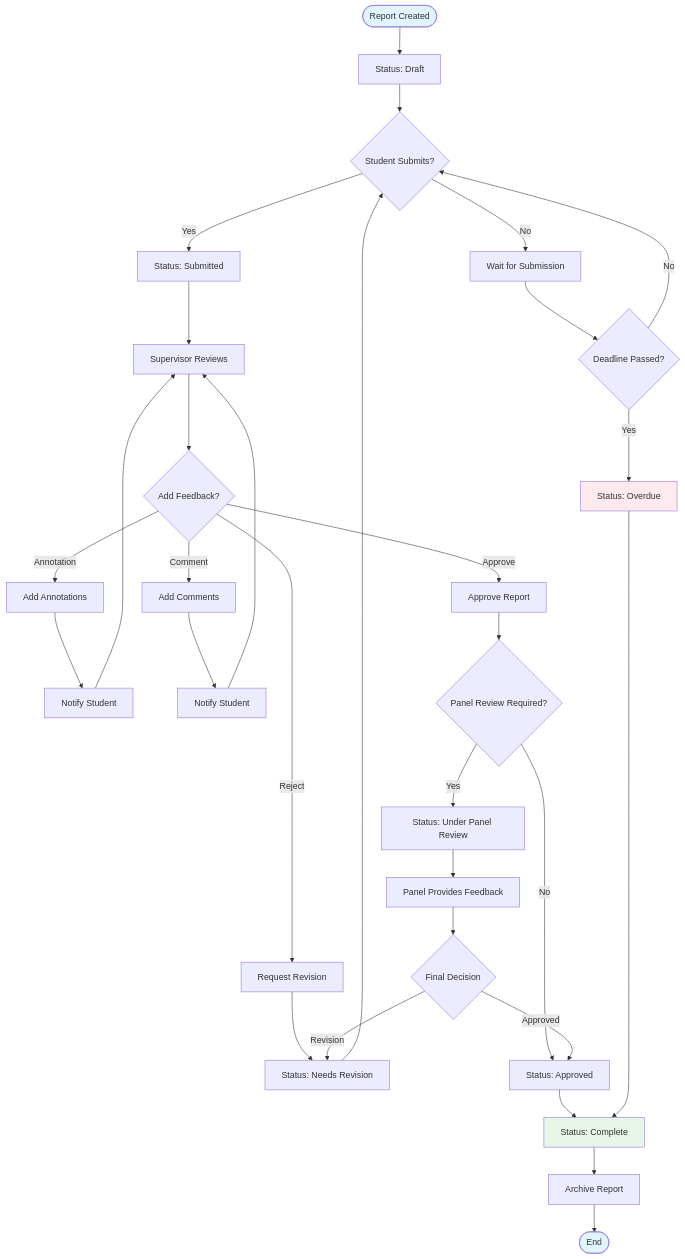
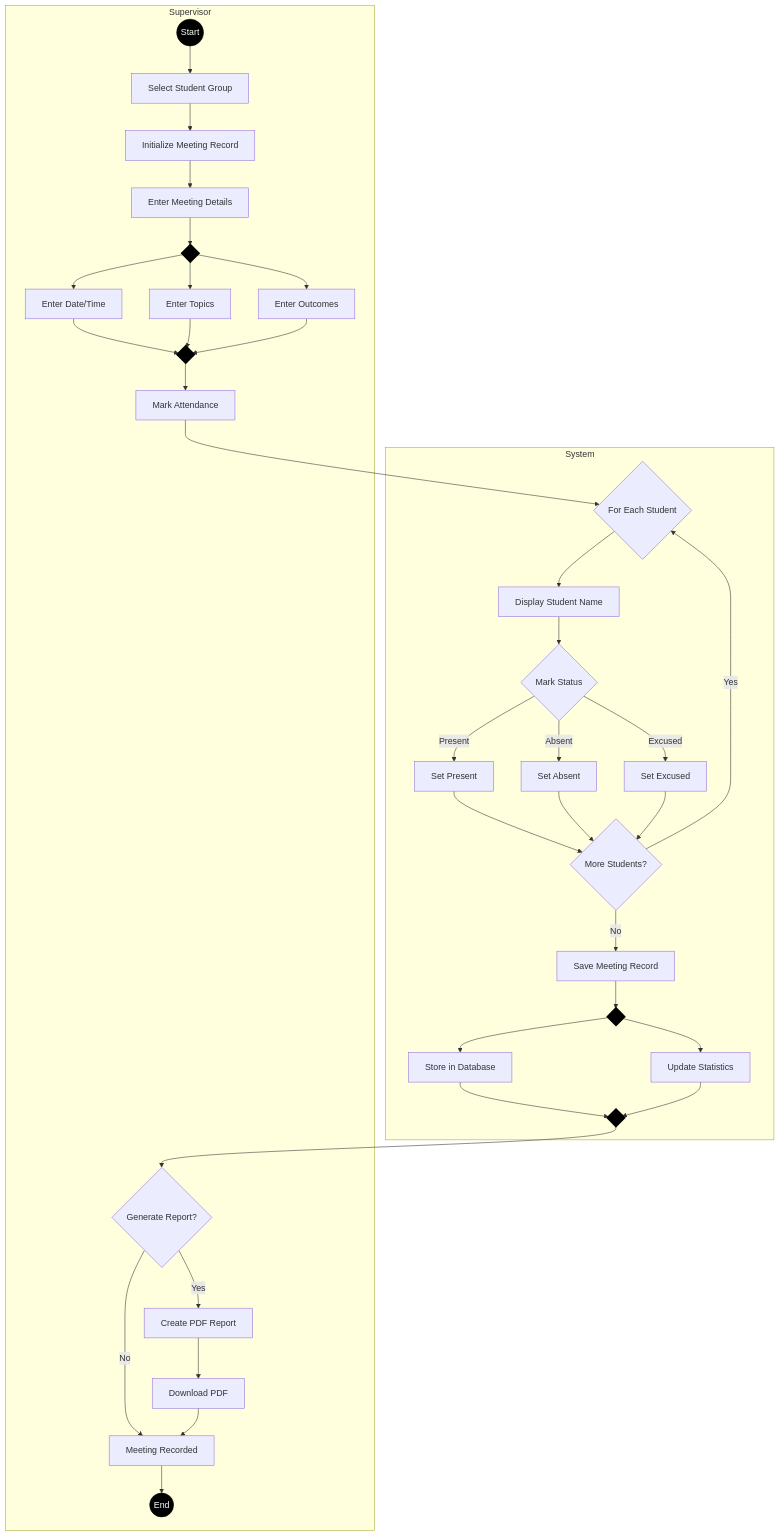
The fifth of 6 diagrams in activity.md (abdullah2323442/thesisrepo-backup), drawn with Mermaid before and after one commit. The commit also changed other lines of this file and 1 other file, not shown here.

First line of the commit message:
Add activity viewer page with Mermaid diagrams for thesis repository management system

````diff
--- a/activity.md
+++ b/activity.md
@@ -381,50 +279,58 @@
 ```mermaid
-graph TD
-    Start([Report Created]) --> StatusDraft[Status: Draft]
+graph TB
+    subgraph "Supervisor"
+        Start5((Start))
+        Start5 --> SelectGroup[Select Student Group]
+        SelectGroup --> InitMeeting[Initialize Meeting Record]
+        InitMeeting --> EnterDetails[Enter Meeting Details]
+        EnterDetails --> Fork5{" "}
+        Fork5 --> EnterDate[Enter Date/Time]
+        Fork5 --> EnterTopics[Enter Topics]
+        Fork5 --> EnterOutcomes[Enter Outcomes]
+        
+        EnterDate --> Join5{" "}
+        EnterTopics --> Join5
+        EnterOutcomes --> Join5
+        
+        Join5 --> MarkAttendance[Mark Attendance]
+    end
     
-    StatusDraft --> StudentSubmits{Student Submits?}
-    StudentSubmits -->|No| WaitSubmission[Wait for Submission]
-    StudentSubmits -->|Yes| StatusSubmitted[Status: Submitted]
+    subgraph "System"
+        MarkAttendance --> StudentLoop{For Each Student}
+        StudentLoop --> ShowStudent[Display Student Name]
+        ShowStudent --> AttendanceChoice{Mark Status}
+        AttendanceChoice -->|Present| MarkPresent[Set Present]
+        AttendanceChoice -->|Absent| MarkAbsent[Set Absent]
+        AttendanceChoice -->|Excused| MarkExcused[Set Excused]
+        
+        MarkPresent --> NextStudent{More Students?}
+        MarkAbsent --> NextStudent
+        MarkExcused --> NextStudent
+        
+        NextStudent -->|Yes| StudentLoop
+        NextStudent -->|No| SaveMeeting[Save Meeting Record]
+        
+        SaveMeeting --> Fork6{" "}
+        Fork6 --> StoreDB[Store in Database]
+        Fork6 --> UpdateStats[Update Statistics]
+        
+        StoreDB --> Join6{" "}
+        UpdateStats --> Join6
+    end
     
-    WaitSubmission --> CheckDeadline{Deadline Passed?}
-    CheckDeadline -->|Yes| StatusOverdue[Status: Overdue]
-    CheckDeadline -->|No| StudentSubmits
+    subgraph "Supervisor"
+        Join6 --> GeneratePDF{Generate Report?}
+        GeneratePDF -->|No| Complete[Meeting Recorded]
+        GeneratePDF -->|Yes| CreatePDF[Create PDF Report]
+        CreatePDF --> DownloadPDF[Download PDF]
+        DownloadPDF --> Complete
+        Complete --> End5((End))
+    end
     
-    StatusSubmitted --> SupervisorReview[Supervisor Reviews]
-    SupervisorReview --> AddFeedback{Add Feedback?}
-    
-    AddFeedback -->|Annotation| AddAnnotation[Add Annotations]
-    AddFeedback -->|Comment| AddComment[Add Comments]
-    AddFeedback -->|Approve| ApproveReport[Approve Report]
-    AddFeedback -->|Reject| RejectReport[Request Revision]
-    
-    AddAnnotation --> NotifyStudent1[Notify Student]
-    AddComment --> NotifyStudent2[Notify Student]
-    RejectReport --> StatusRevision[Status: Needs Revision]
-    
-    StatusRevision --> StudentSubmits
-    
-    ApproveReport --> PanelReview{Panel Review Required?}
-    PanelReview -->|Yes| StatusPanelReview[Status: Under Panel Review]
-    PanelReview -->|No| StatusApproved[Status: Approved]
-    
-    StatusPanelReview --> PanelFeedback[Panel Provides Feedback]
-    PanelFeedback --> FinalDecision{Final Decision}
-    
-    FinalDecision -->|Approved| StatusApproved
-    FinalDecision -->|Revision| StatusRevision
-    
-    StatusApproved --> StatusComplete[Status: Complete]
-    StatusOverdue --> StatusComplete
-    
-    StatusComplete --> ArchiveReport[Archive Report]
-    ArchiveReport --> End([End])
-    
-    NotifyStudent1 --> SupervisorReview
-    NotifyStudent2 --> SupervisorReview
-    
-    style Start fill:#e1f5fe
-    style End fill:#e1f5fe
-    style StatusComplete fill:#e8f5e9
-    style StatusOverdue fill:#ffebee
+    style Start5 fill:#000,stroke:#000,color:#fff
+    style End5 fill:#000,stroke:#000,color:#fff
+    style Fork5 fill:#000,stroke:#000,stroke-width:4px
+    style Join5 fill:#000,stroke:#000,stroke-width:4px
+    style Fork6 fill:#000,stroke:#000,stroke-width:4px
+    style Join6 fill:#000,stroke:#000,stroke-width:4px
 ```
````
